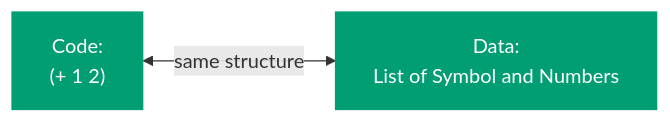
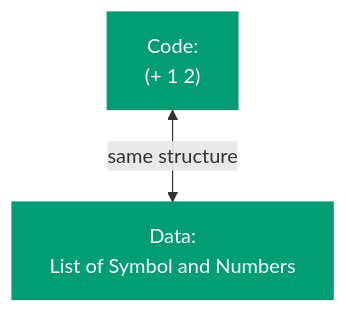
Before and after one commit to wahidyankf/ose-public: the eighth of 16 diagrams in apps/ayokoding-web/content/en/learn/software-engineering/compilers-and-interpreters/terminology.md, drawn with Mermaid. The commit also changed other lines of this file, not shown here.

Commit message:
fix(ayokoding-web): update terminology.md diagrams

````diff
--- a/apps/ayokoding-web/content/en/learn/software-engineering/compilers-and-interpreters/terminology.md
+++ b/apps/ayokoding-web/content/en/learn/software-engineering/compilers-and-interpreters/terminology.md
@@ -251,8 +251,8 @@
 ```mermaid
 %% Color palette: Blue #0173B2, Orange #DE8F05, Teal #029E73, Purple #CC78BC, Brown #CA9161, Gray #808080
-flowchart LR
+flowchart TB
     LC["Code:\n(+ 1 2)"] <-->|"same structure"| LD["Data:\nList of Symbol and Numbers"]
 
     classDef teal fill:#029E73,color:#fff,stroke:#029E73
     class LC,LD teal
 ```
````
